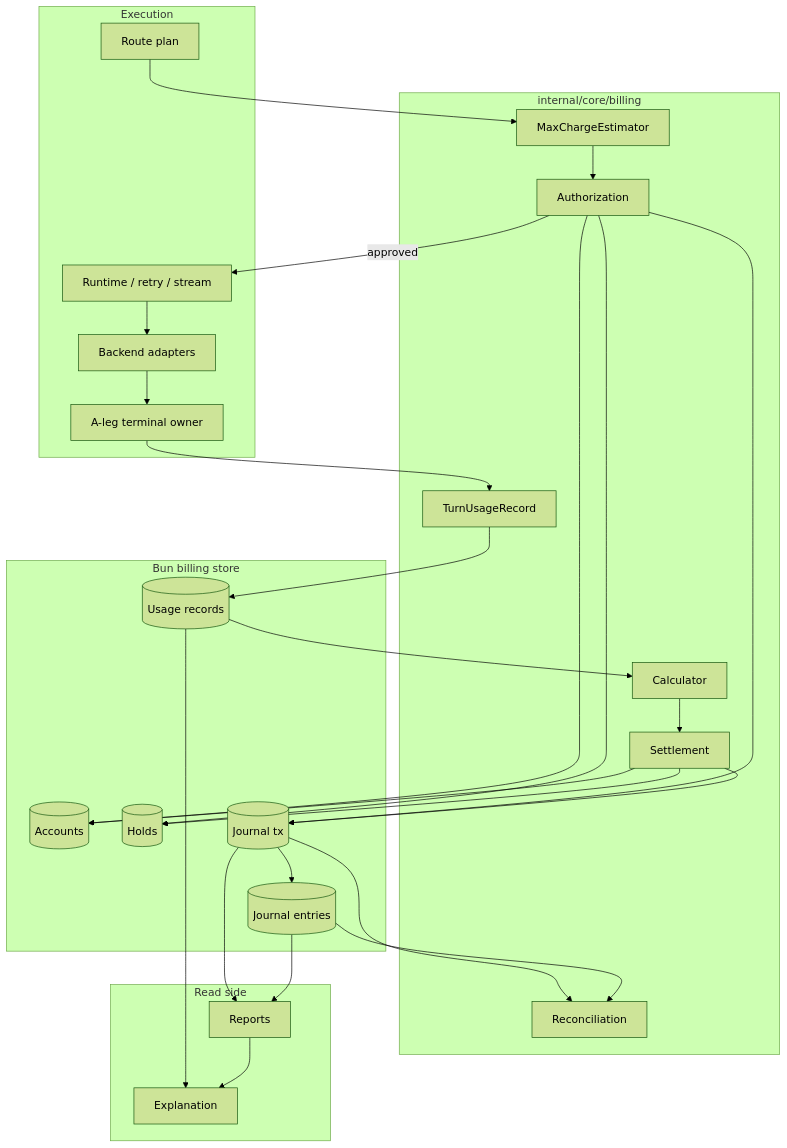
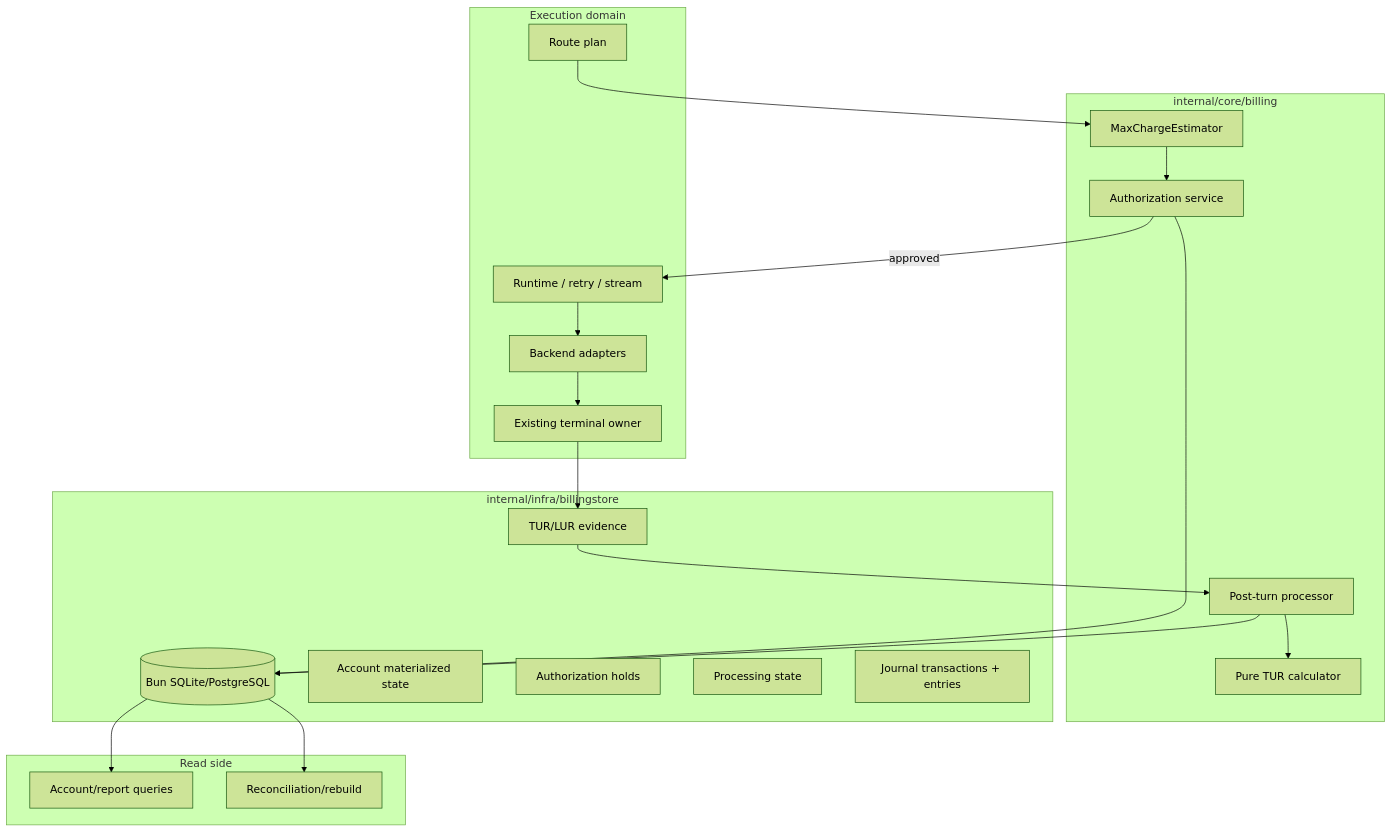
The first of 6 diagrams in .kiro/specs/usage-record-ledger-billing/design.md (matdev83/go-llm-interactive-proxy), drawn with Mermaid (forest theme) before and after one commit. The commit also changed other lines of this file, not shown here.

Commit message:
spec: clarify billing journal and replay design

````diff
--- a/.kiro/specs/usage-record-ledger-billing/design.md
+++ b/.kiro/specs/usage-record-ledger-billing/design.md
@@ -73,45 +31,39 @@
 ```mermaid
 flowchart TB
-    subgraph EXEC["Execution"]
-        ROUTE[Route plan]
-        RT[Runtime / retry / stream]
-        BE[Backend adapters]
-        TERM[A-leg terminal owner]
-    end
-    subgraph BILL["internal/core/billing"]
-        EST[MaxChargeEstimator]
-        AUTH[Authorization]
-        TUR[TurnUsageRecord]
-        CALC[Calculator]
-        SET[Settlement]
-        REC[Reconciliation]
-    end
-    subgraph STORE["Bun billing store"]
-        ACCT[(Accounts)]
-        HOLD[(Holds)]
-        UR[(Usage records)]
-        JT[(Journal tx)]
-        JE[(Journal entries)]
-    end
-    subgraph READ["Read side"]
-        REPORT[Reports]
-        EXPLAIN[Explanation]
+    subgraph Exec[Execution domain]
+      R[Route plan]
+      RT[Runtime / retry / stream]
+      BE[Backend adapters]
+      T[Existing terminal owner]
     end
 
-    ROUTE --> EST --> AUTH
-    AUTH --> ACCT
-    AUTH --> HOLD
-    AUTH --> JT --> JE
-    AUTH -->|approved| RT
-    RT --> BE --> TERM --> TUR --> UR
-    UR --> CALC --> SET
-    SET --> ACCT
-    SET --> HOLD
-    SET --> JT
-    JT --> REC
-    JE --> REC
-    JT --> REPORT
-    JE --> REPORT
-    UR --> EXPLAIN
-    REPORT --> EXPLAIN
+    subgraph Bill[internal/core/billing]
+      E[MaxChargeEstimator]
+      A[Authorization service]
+      C[Pure TUR calculator]
+      P[Post-turn processor]
+    end
+
+    subgraph Store[internal/infra/billingstore]
+      DB[(Bun SQLite/PostgreSQL)]
+      AC[Account materialized state]
+      H[Authorization holds]
+      U[TUR/LUR evidence]
+      PS[Processing state]
+      J[Journal transactions + entries]
+    end
+
+    subgraph Reads[Read side]
+      Q[Account/report queries]
+      X[Reconciliation/rebuild]
+    end
+
+    R --> E --> A --> DB
+    A -->|approved| RT
+    RT --> BE --> T
+    T --> U
+    U --> P --> C
+    P --> DB
+    DB --> Q
+    DB --> X
 ```
````
